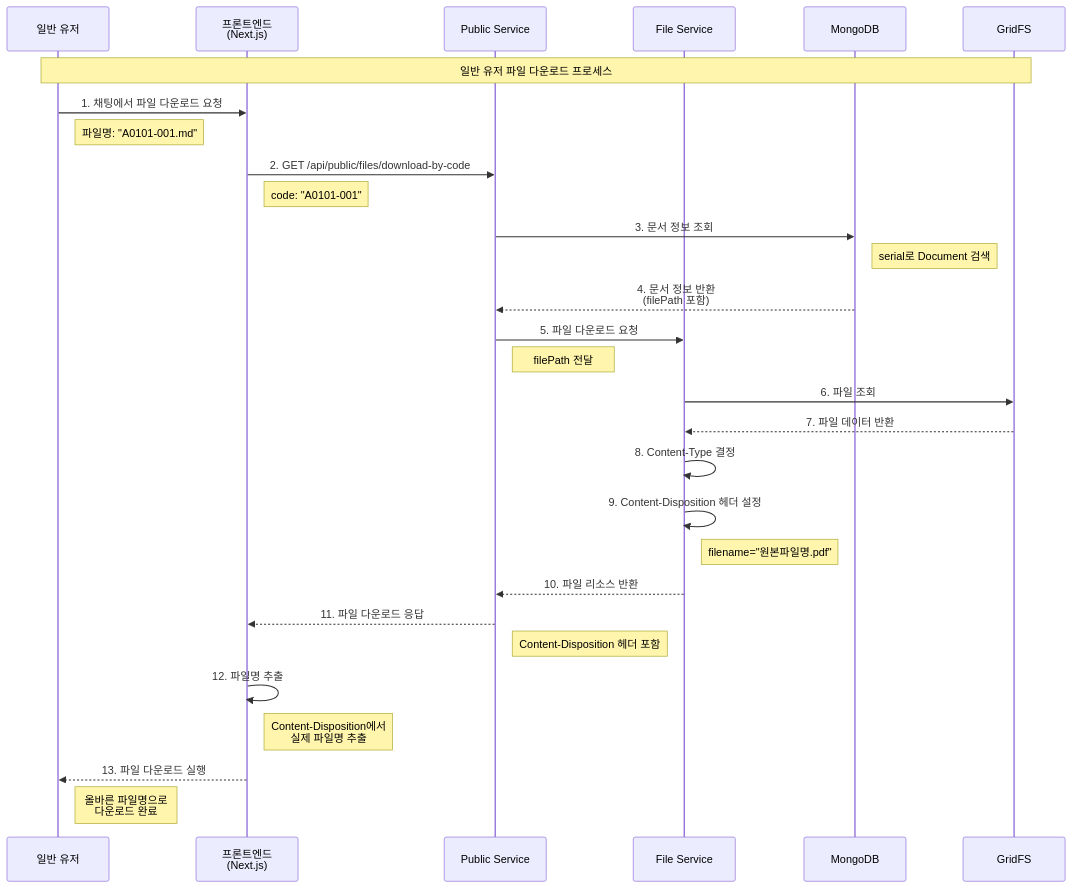
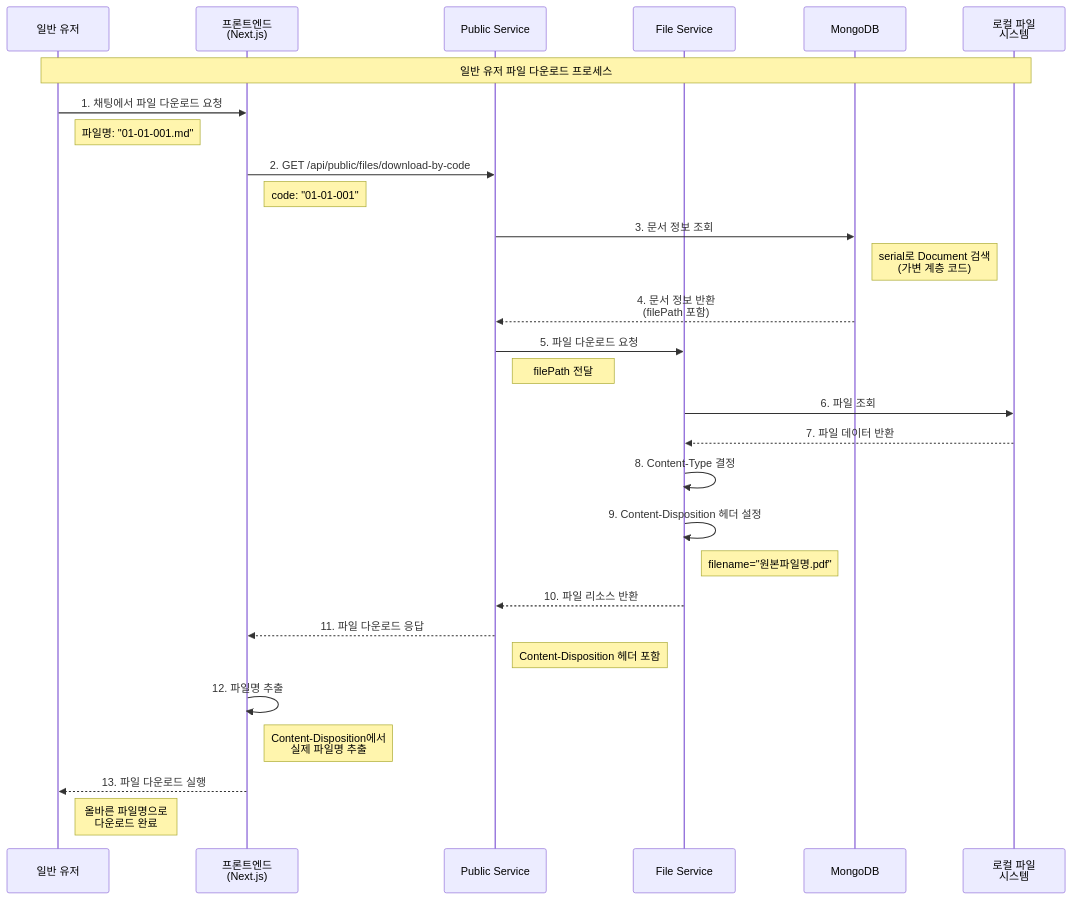
The first of 2 diagrams in diagrams/file-download-sequence.md (hadonas/kt-vibe-mdm), drawn with Mermaid before and after one commit. The commit also changed other lines of this file and 7 other files, not shown here.

````diff
--- a/diagrams/file-download-sequence.md
+++ b/diagrams/file-download-sequence.md
@@ -5,39 +5,39 @@
 ```mermaid
 sequenceDiagram
     participant U as 일반 유저
     participant F as 프론트엔드<br/>(Next.js)
     participant PS as Public Service
     participant FS as File Service
     participant M as MongoDB
-    participant GridFS as GridFS
+    participant LocalFS as 로컬 파일<br/>시스템
 
-    Note over U,GridFS: 일반 유저 파일 다운로드 프로세스
+    Note over U,LocalFS: 일반 유저 파일 다운로드 프로세스
 
     U->>F: 1. 채팅에서 파일 다운로드 요청
-    Note right of U: 파일명: "A0101-001.md"
+    Note right of U: 파일명: "01-01-001.md"
     F->>PS: 2. GET /api/public/files/download-by-code
-    Note right of F: code: "A0101-001"
+    Note right of F: code: "01-01-001"
 
     PS->>M: 3. 문서 정보 조회
-    Note right of M: serial로 Document 검색
+    Note right of M: serial로 Document 검색<br/>(가변 계층 코드)
     M-->>PS: 4. 문서 정보 반환<br/>(filePath 포함)
 
     PS->>FS: 5. 파일 다운로드 요청
     Note right of PS: filePath 전달
-    FS->>GridFS: 6. 파일 조회
-    GridFS-->>FS: 7. 파일 데이터 반환
+    FS->>LocalFS: 6. 파일 조회
+    LocalFS-->>FS: 7. 파일 데이터 반환
 
     FS->>FS: 8. Content-Type 결정
     FS->>FS: 9. Content-Disposition 헤더 설정
     Note right of FS: filename="원본파일명.pdf"
 
     FS-->>PS: 10. 파일 리소스 반환
     PS-->>F: 11. 파일 다운로드 응답
     Note right of PS: Content-Disposition 헤더 포함
 
     F->>F: 12. 파일명 추출
     Note right of F: Content-Disposition에서<br/>실제 파일명 추출
 
     F-->>U: 13. 파일 다운로드 실행
     Note right of U: 올바른 파일명으로<br/>다운로드 완료
 ```
````
